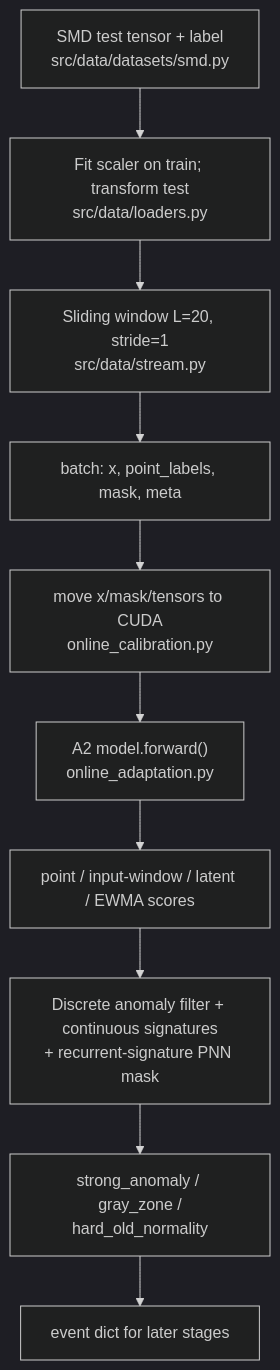
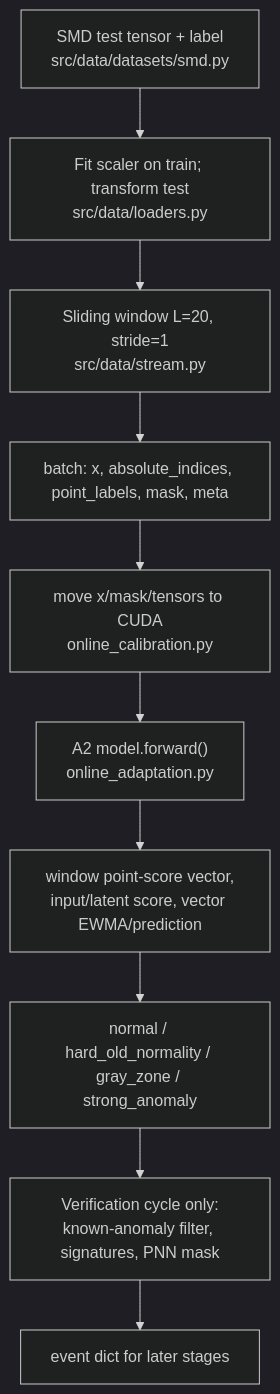
The second of 3 diagrams in documents/notes/thesis_online_tta_prepare_event_runtime_and_data_flow.md (TheMetaSetter/bachelor-thesis-2026), drawn with Mermaid (dark theme) before and after one commit. The commit also changed other lines of this file and 151 other files, not shown here.

````diff
--- a/documents/notes/thesis_online_tta_prepare_event_runtime_and_data_flow.md
+++ b/documents/notes/thesis_online_tta_prepare_event_runtime_and_data_flow.md
@@ -48,15 +52,15 @@
 ```mermaid
 flowchart TD
     RAW["SMD test tensor + label<br/>src/data/datasets/smd.py"]
     SCALE["Fit scaler on train; transform test<br/>src/data/loaders.py"]
     STREAM["Sliding window L=20, stride=1<br/>src/data/stream.py"]
-    BATCH["batch: x, point_labels, mask, meta"]
+    BATCH["batch: x, absolute_indices, point_labels, mask, meta"]
     CUDA["move x/mask/tensors to CUDA<br/>online_calibration.py"]
     MODEL["A2 model.forward()<br/>online_adaptation.py"]
-    SCORE["point / input-window / latent / EWMA scores"]
-    PNN["Discrete anomaly filter + continuous signatures<br/>+ recurrent-signature PNN mask"]
-    TRIAGE["strong_anomaly / gray_zone /<br/>hard_old_normality"]
+    SCORE["window point-score vector,<br/>input/latent score, vector EWMA/prediction"]
+    TRIAGE["normal / hard_old_normality / gray_zone / strong_anomaly"]
+    PNN["Verification cycle only:<br/>known-anomaly filter, signatures, PNN mask"]
     EVENT["event dict for later stages"]
 
-    RAW --> SCALE --> STREAM --> BATCH --> CUDA --> MODEL --> SCORE --> PNN --> TRIAGE --> EVENT
+    RAW --> SCALE --> STREAM --> BATCH --> CUDA --> MODEL --> SCORE --> TRIAGE --> PNN --> EVENT
 ```
````
